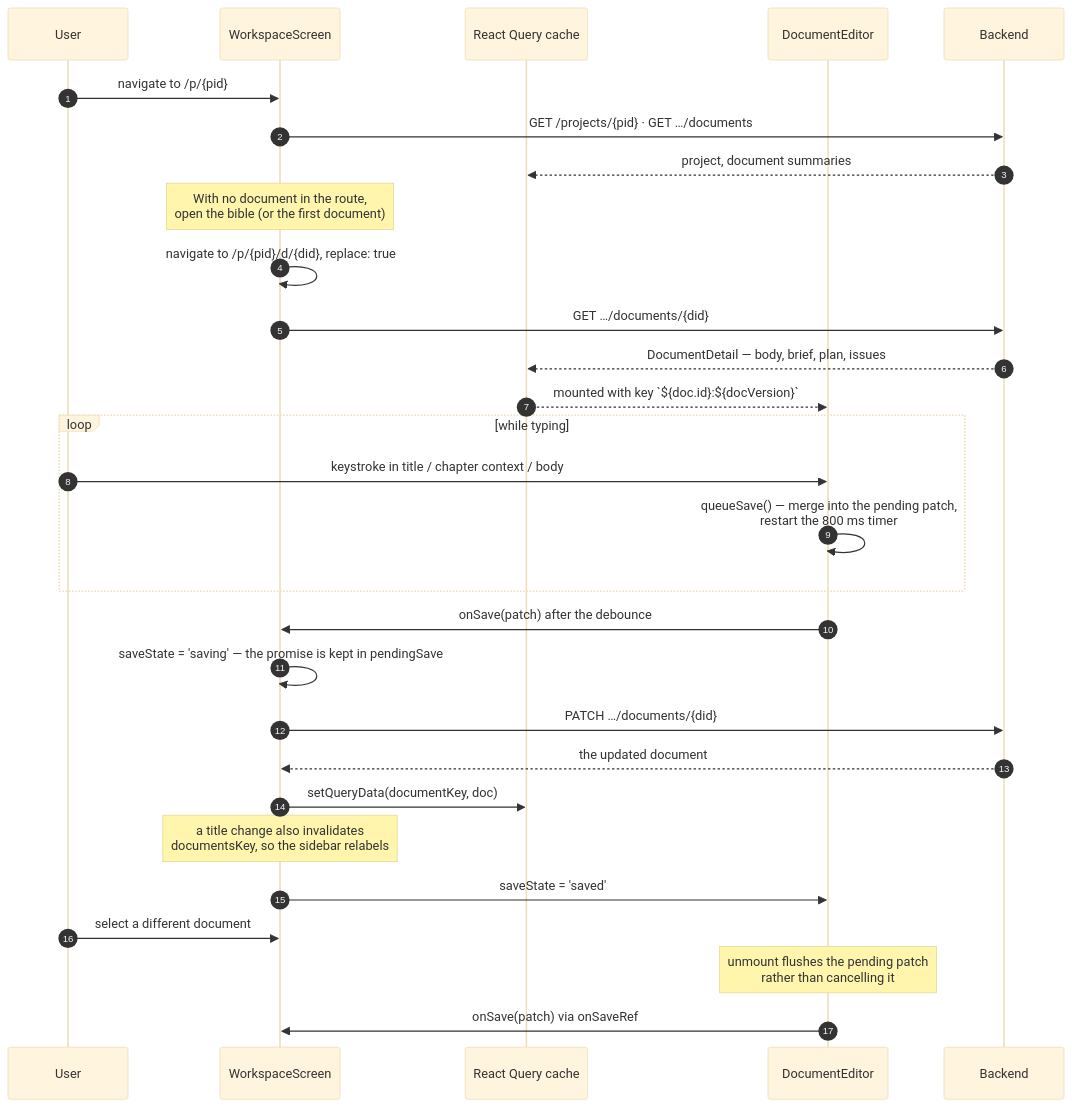
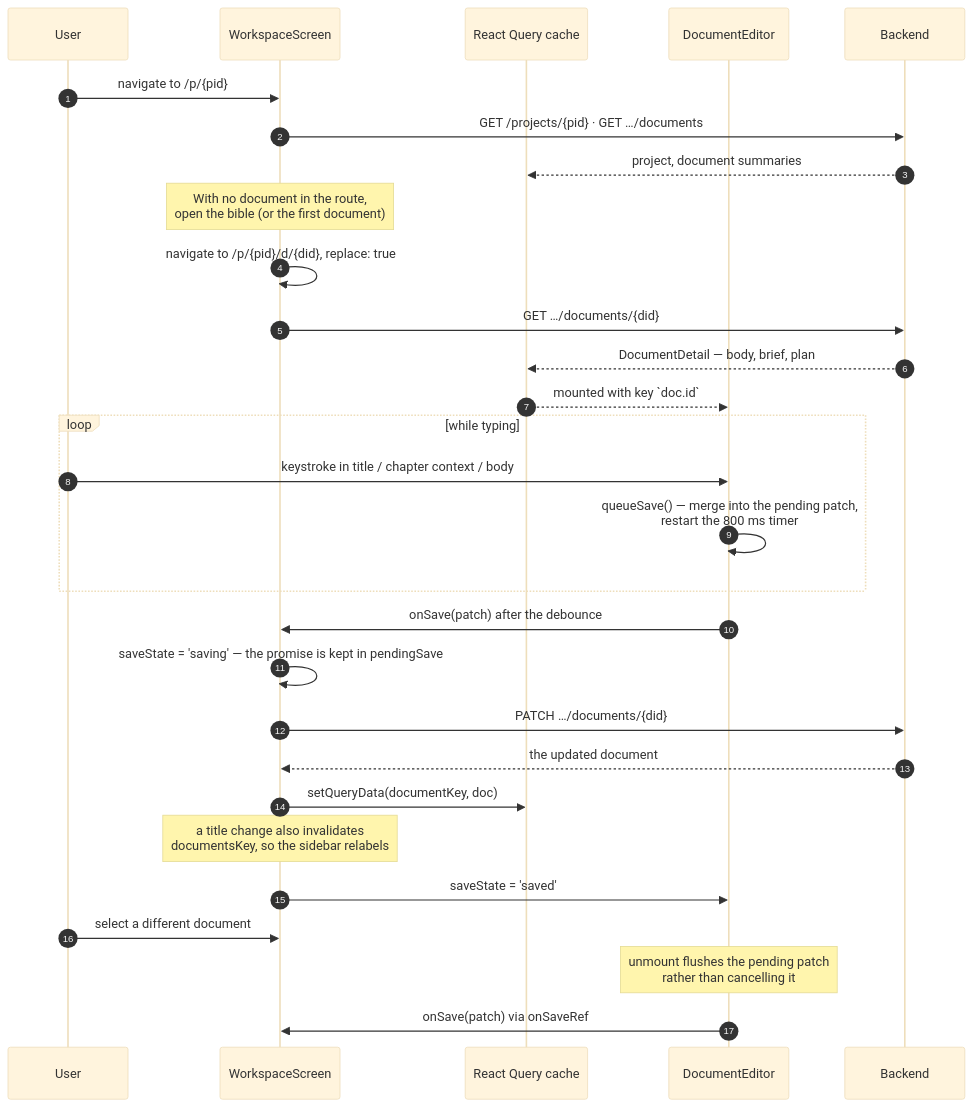
One commit to Akazz-L/maya changed the third of 6 diagrams in docs/diagrams/05-frontend-flows.md. Above: the diagram before and after it, drawn with Mermaid (base theme). The commit also changed other lines of this file and 60 other files, not shown here.

````diff
--- a/docs/diagrams/05-frontend-flows.md
+++ b/docs/diagrams/05-frontend-flows.md
@@ -65,35 +65,35 @@
 ```mermaid
 sequenceDiagram
     autonumber
     participant U as User
     participant WS as WorkspaceScreen
     participant RQ as React Query cache
     participant ED as DocumentEditor
     participant BE as Backend
 
     U->>WS: navigate to /p/{pid}
     WS->>BE: GET /projects/{pid} · GET …/documents
     BE-->>RQ: project, document summaries
     Note over WS: With no document in the route,<br/>open the bible (or the first document)
     WS->>WS: navigate to /p/{pid}/d/{did}, replace: true
 
     WS->>BE: GET …/documents/{did}
-    BE-->>RQ: DocumentDetail — body, brief, plan, issues
-    RQ-->>ED: mounted with key `${doc.id}:${docVersion}`
+    BE-->>RQ: DocumentDetail — body, brief, plan
+    RQ-->>ED: mounted with key `doc.id`
 
     loop while typing
         U->>ED: keystroke in title / chapter context / body
         ED->>ED: queueSave() — merge into the pending patch,<br/>restart the 800 ms timer
     end
     ED->>WS: onSave(patch) after the debounce
     WS->>WS: saveState = 'saving' — the promise is kept in pendingSave
     WS->>BE: PATCH …/documents/{did}
     BE-->>WS: the updated document
     WS->>RQ: setQueryData(documentKey, doc)
     Note over WS: a title change also invalidates<br/>documentsKey, so the sidebar relabels
     WS->>ED: saveState = 'saved'
 
     U->>WS: select a different document
     Note over ED: unmount flushes the pending patch<br/>rather than cancelling it
     ED->>WS: onSave(patch) via onSaveRef
 ```
````
